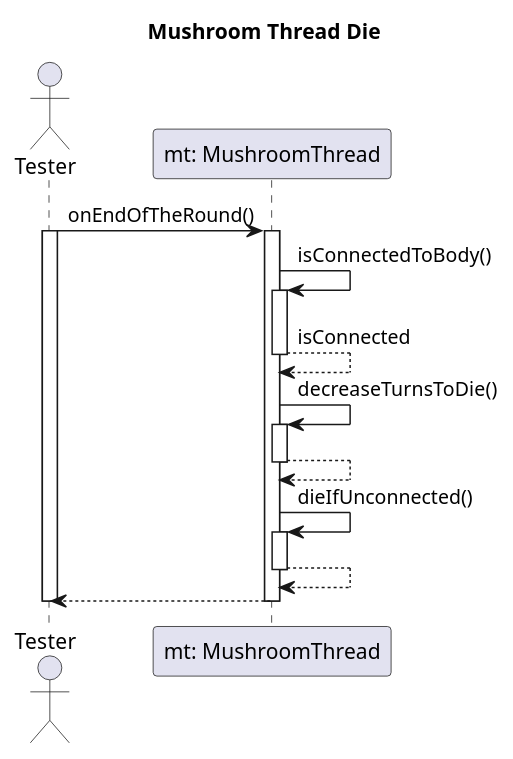
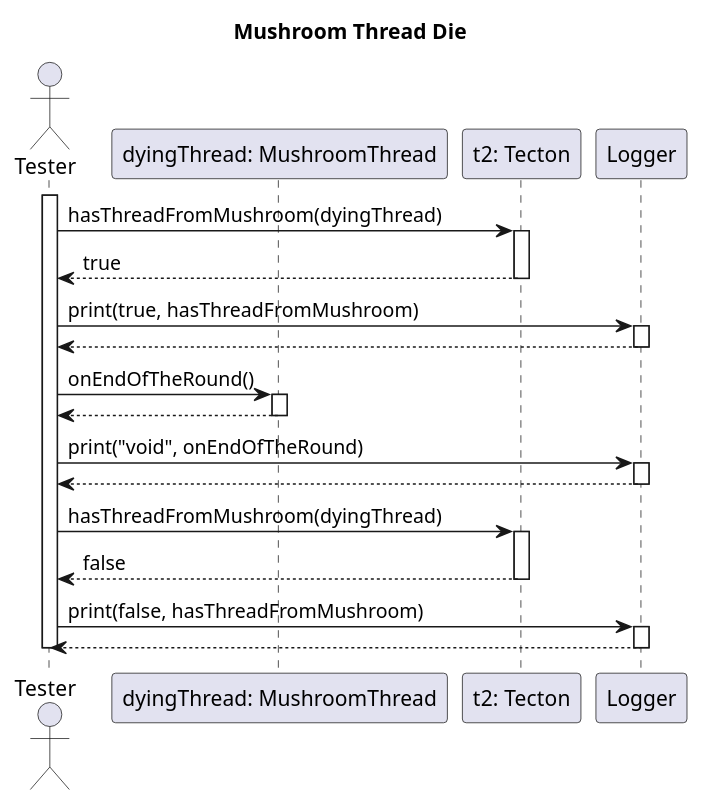
The diagram in diagrams/test-sequence/mushroom/mushroomThreadDie.wsd (dzsem/projlab), drawn with PlantUML before and after one commit.

Commit message:
Fixed thread die sd

```diff
--- a/diagrams/test-sequence/mushroom/mushroomThreadDie.wsd
+++ b/diagrams/test-sequence/mushroom/mushroomThreadDie.wsd
@@ -1,33 +1,45 @@
 @startuml Mushroom Thread Die
 
 title Mushroom Thread Die
 
 actor "Tester" as tester
-participant "mt: MushroomThread" as mt
+participant "dyingThread: MushroomThread" as dymt
+participant "t2: Tecton" as t2
+participant "Logger" as logger
 
-tester -> mt: onEndOfTheRound() 
+
 activate tester
-activate mt
 
-mt -> mt: isConnectedToBody()
-activate mt
-mt --> mt: isConnected
-deactivate mt
+tester -> t2: hasThreadFromMushroom(dyingThread)
+activate t2
+t2 --> tester: true
+deactivate t2
 
-mt -> mt: decreaseTurnsToDie()
-activate mt
-mt --> mt
-deactivate mt
+tester -> logger: print(true, hasThreadFromMushroom)
+activate logger
+logger --> tester
+deactivate logger
 
-mt -> mt: dieIfUnconnected()
-activate mt
-mt --> mt 
-deactivate mt
+tester -> dymt: onEndOfTheRound() 
+activate dymt
+dymt --> tester
+deactivate dymt
 
-mt --> tester
-deactivate mt
+tester -> logger: print("void", onEndOfTheRound)
+activate logger
+logger --> tester
+deactivate logger
 
+tester -> t2: hasThreadFromMushroom(dyingThread)
+activate t2
+t2 --> tester: false
+deactivate t2
+
+tester -> logger: print(false, hasThreadFromMushroom)
+activate logger
+logger --> tester
+deactivate logger
 
 deactivate tester
 
 @enduml
```
